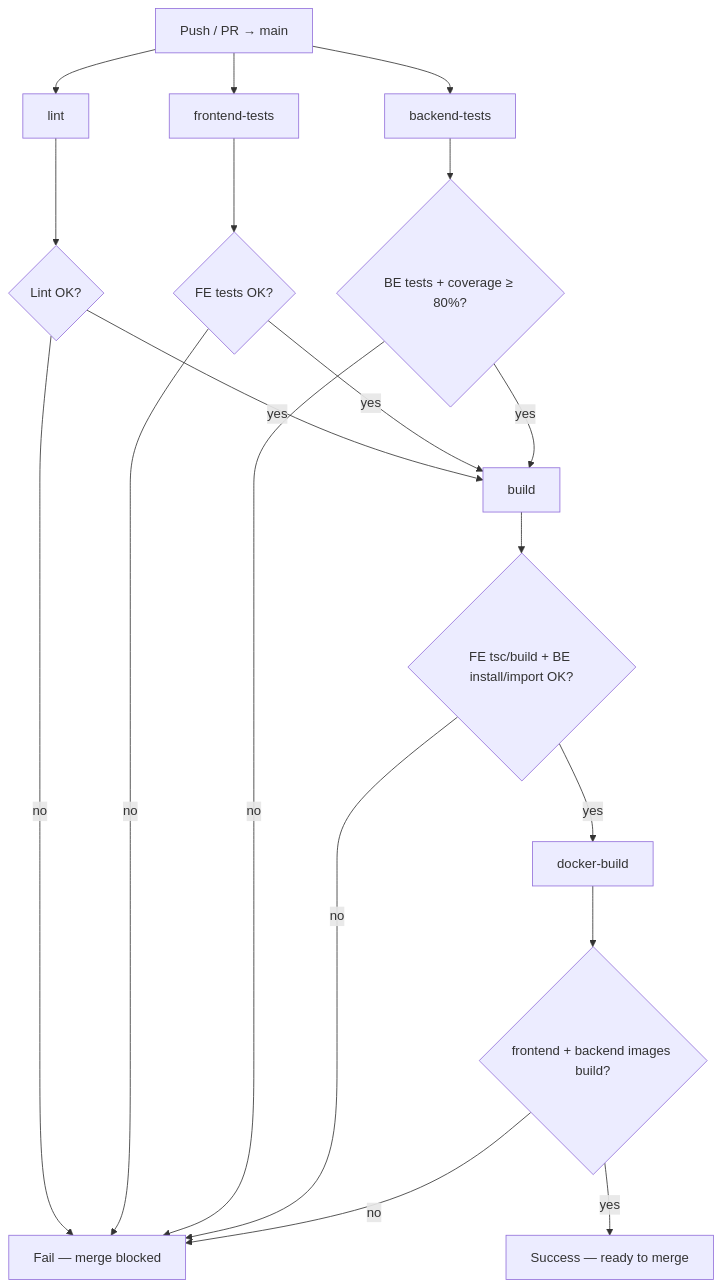
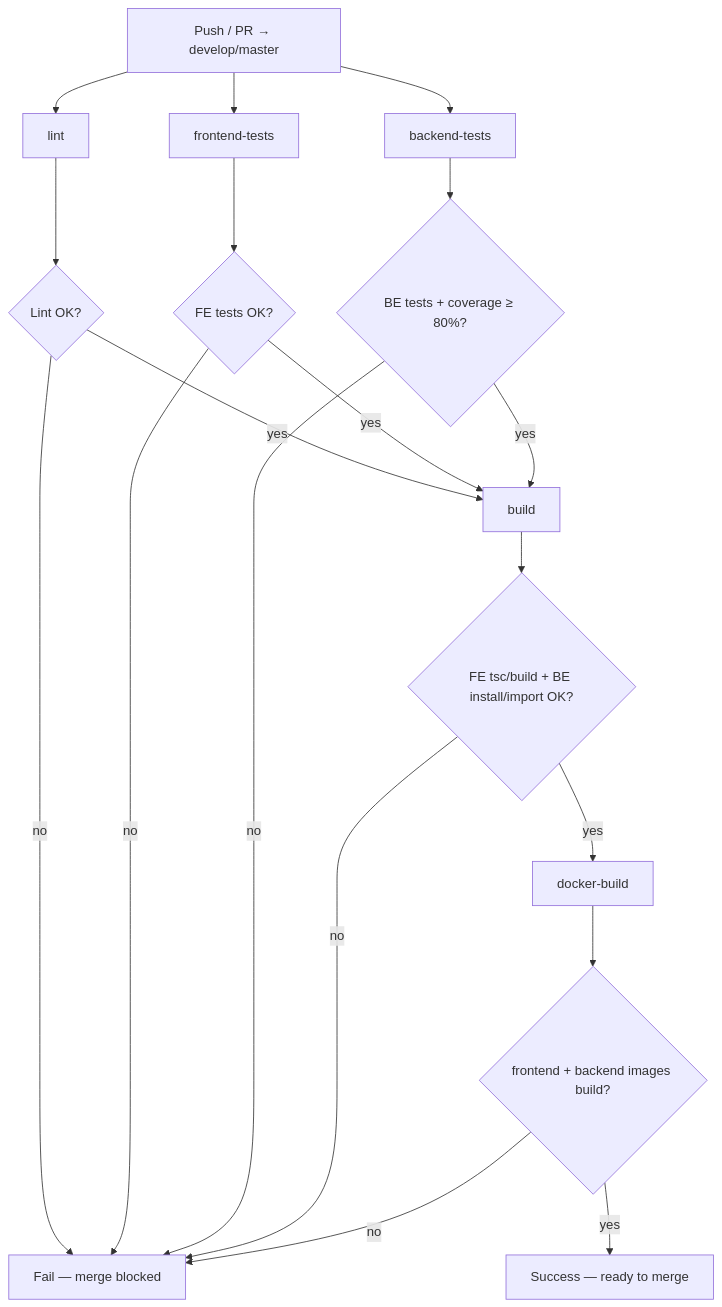
The diagram in docs/technical/07-quality-docker-ci.md (irinagrigorjewa/hotel-booking-system), drawn with Mermaid before and after one commit. The commit also changed other lines of this file and 6 other files, not shown here.

First line of the commit message:
fix(ci): align GitHub Actions with SQLite tests and develop/master

````diff
--- a/docs/technical/07-quality-docker-ci.md
+++ b/docs/technical/07-quality-docker-ci.md
@@ -485,21 +485,21 @@
 ```mermaid
 flowchart TD
-  A[Push / PR → main] --> B[lint]
+  A[Push / PR → develop/master] --> B[lint]
   A --> C[frontend-tests]
   A --> D[backend-tests]
   B --> E{Lint OK?}
   C --> F{FE tests OK?}
   D --> G{BE tests + coverage ≥ 80%?}
   E -->|no| Z[Fail — merge blocked]
   F -->|no| Z
   G -->|no| Z
   E -->|yes| H[build]
   F -->|yes| H
   G -->|yes| H
   H --> I{FE tsc/build + BE install/import OK?}
   I -->|no| Z
   I -->|yes| J[docker-build]
   J --> K{frontend + backend images build?}
   K -->|no| Z
   K -->|yes| Y[Success — ready to merge]
 ```
````
